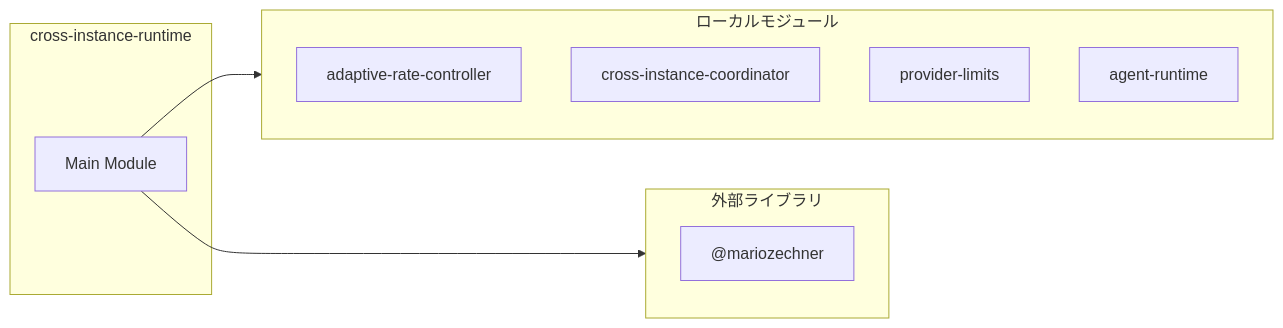
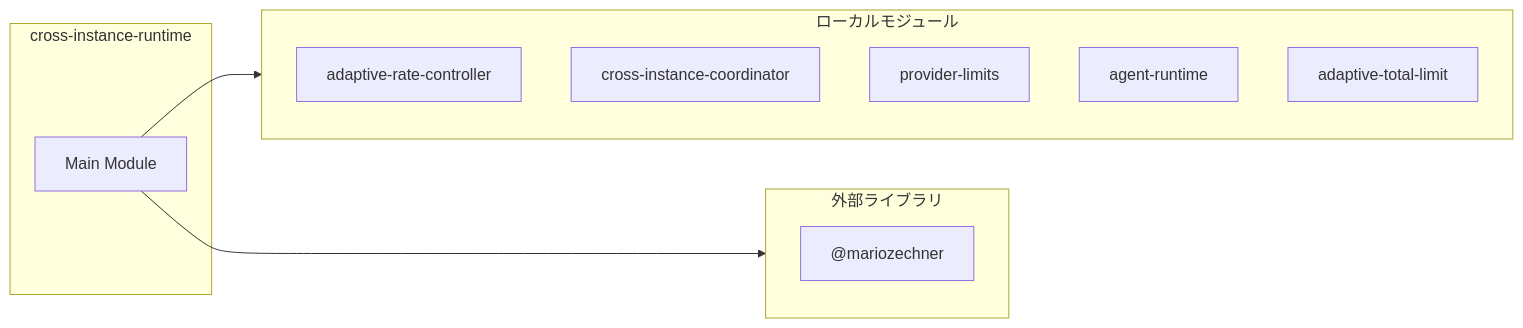
The third of 4 diagrams in ABDD/.pi/extensions/cross-instance-runtime.md (Mekann2904/mekann), drawn with Mermaid before and after one commit. The commit also changed other lines of this file and 205 other files, not shown here.

````diff
--- a/ABDD/.pi/extensions/cross-instance-runtime.md
+++ b/ABDD/.pi/extensions/cross-instance-runtime.md
@@ -124,17 +157,20 @@
 ```mermaid
 flowchart LR
   subgraph this[cross-instance-runtime]
     main[Main Module]
   end
   subgraph local[ローカルモジュール]
     adaptive_rate_controller["adaptive-rate-controller"]
     cross_instance_coordinator["cross-instance-coordinator"]
     provider_limits["provider-limits"]
     agent_runtime["agent-runtime"]
+    adaptive_total_limit["adaptive-total-limit"]
   end
   main --> local
   subgraph external[外部ライブラリ]
     _mariozechner["@mariozechner"]
+    _mariozechner["@mariozechner"]
+    _mariozechner["@mariozechner"]
   end
   main --> external
 ```
````
